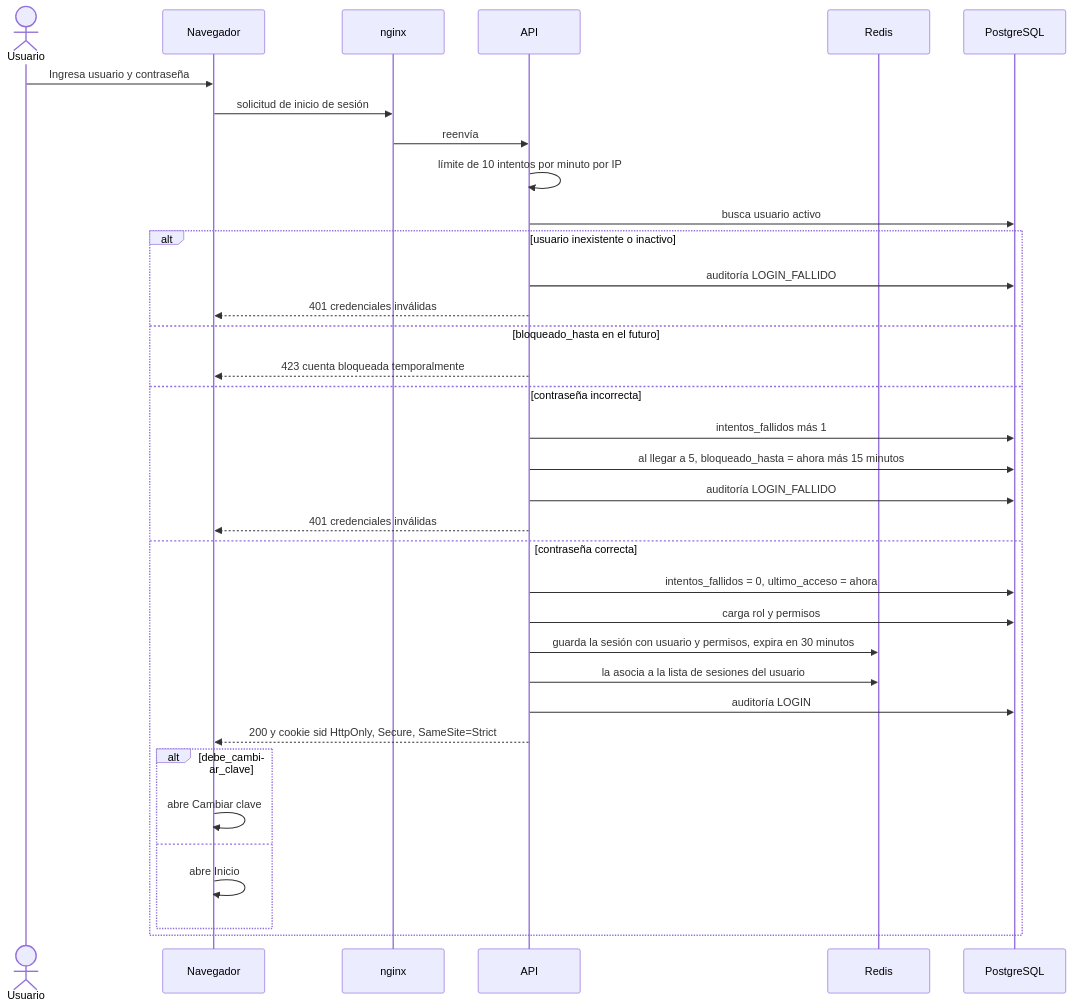
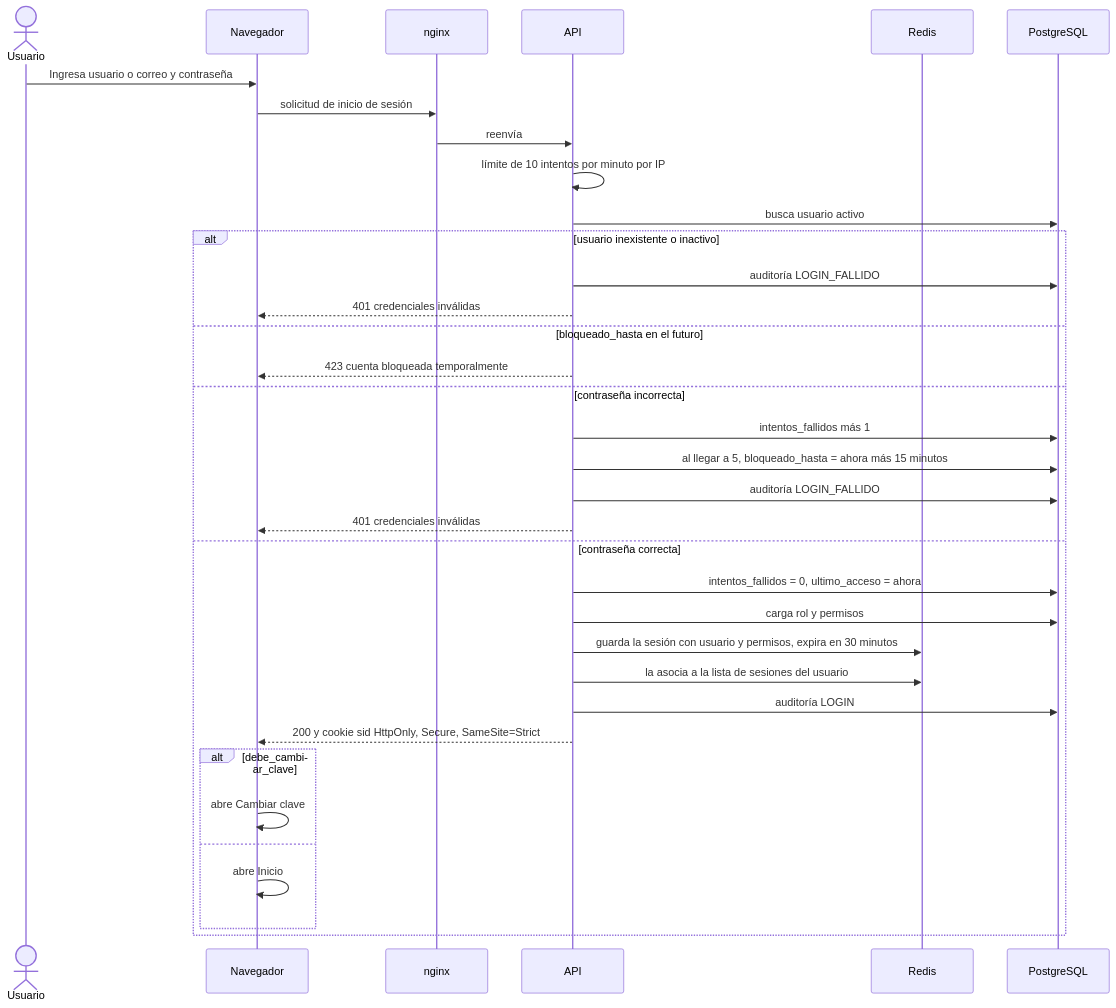
Before and after one commit to Jose27luis/legajo: the ninth of 22 diagrams in README.md, drawn with Mermaid. The commit also changed other lines of this file, not shown here.

````diff
--- a/README.md
+++ b/README.md
@@ -684,38 +744,38 @@
 ```mermaid
 sequenceDiagram
     actor U as Usuario
     participant N as Navegador
     participant X as nginx
     participant A as API
     participant R as Redis
     participant P as PostgreSQL
 
-    U->>N: Ingresa usuario y contraseña
+    U->>N: Ingresa usuario o correo y contraseña
     N->>X: solicitud de inicio de sesión
     X->>A: reenvía
     A->>A: límite de 10 intentos por minuto por IP
     A->>P: busca usuario activo
     alt usuario inexistente o inactivo
         A->>P: auditoría LOGIN_FALLIDO
         A-->>N: 401 credenciales inválidas
     else bloqueado_hasta en el futuro
         A-->>N: 423 cuenta bloqueada temporalmente
     else contraseña incorrecta
         A->>P: intentos_fallidos más 1
         A->>P: al llegar a 5, bloqueado_hasta = ahora más 15 minutos
         A->>P: auditoría LOGIN_FALLIDO
         A-->>N: 401 credenciales inválidas
     else contraseña correcta
         A->>P: intentos_fallidos = 0, ultimo_acceso = ahora
         A->>P: carga rol y permisos
         A->>R: guarda la sesión con usuario y permisos, expira en 30 minutos
         A->>R: la asocia a la lista de sesiones del usuario
         A->>P: auditoría LOGIN
         A-->>N: 200 y cookie sid HttpOnly, Secure, SameSite=Strict
         alt debe_cambiar_clave
             N->>N: abre Cambiar clave
         else
             N->>N: abre Inicio
         end
     end
 ```
````
